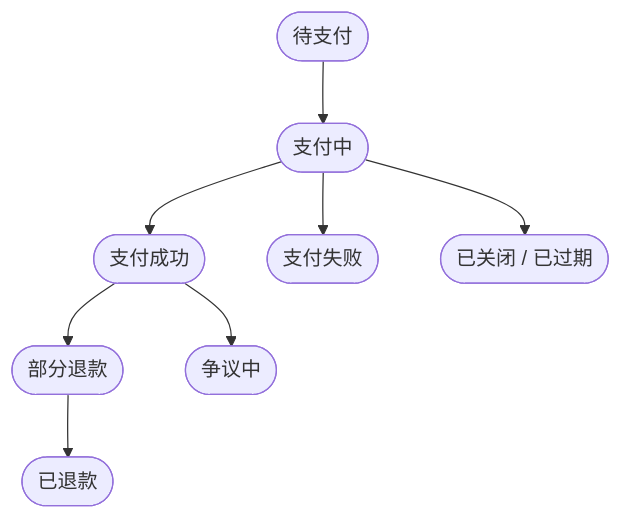
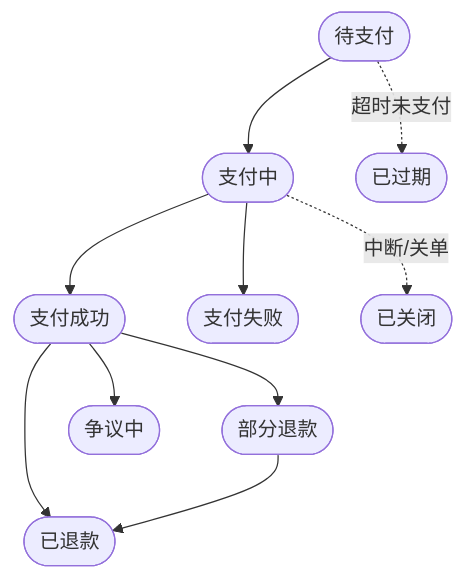
Before and after one commit to liuchuan123/docs: the second of 2 diagrams in src/concepts/payment-flow.mdx, drawn with Mermaid. The commit also changed other lines of this file and 22 other files, not shown here.

````diff
--- a/src/concepts/payment-flow.mdx
+++ b/src/concepts/payment-flow.mdx
@@ -90,10 +90,12 @@
 ```mermaid
 flowchart TD
     INIT([待支付]) --> PAYING([支付中])
+    INIT -.超时未支付.-> EXPIRED([已过期])
     PAYING --> SUCCESS([支付成功])
     PAYING --> FAIL([支付失败])
-    PAYING --> CLOSE([已关闭 / 已过期])
+    PAYING -.中断/关单.-> CLOSE([已关闭])
     SUCCESS --> PARTIAL([部分退款])
+    SUCCESS --> REFUNDED([已退款])
     SUCCESS --> DISPUTE([争议中])
-    PARTIAL --> REFUNDED([已退款])
+    PARTIAL --> REFUNDED
 ```
````
